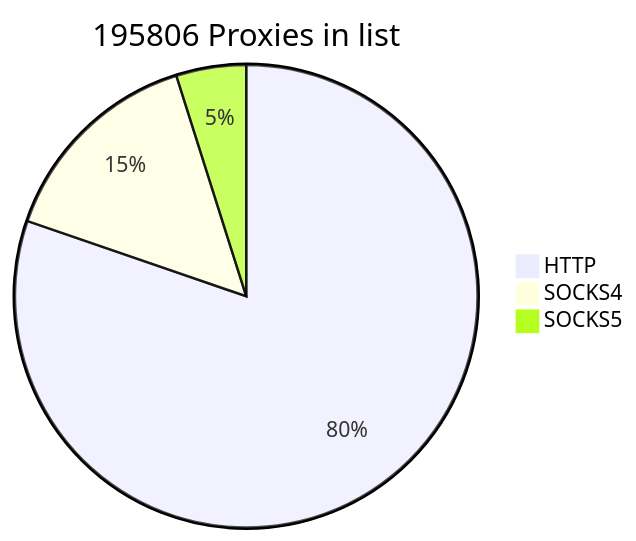
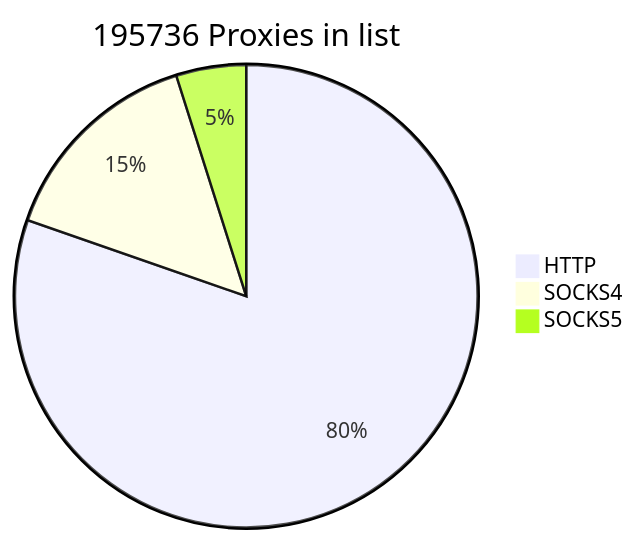
The first of 2 diagrams in README.md (cutipu/proxylist), drawn with Mermaid before and after one commit. The commit also changed other lines of this file, not shown here.

````diff
--- a/README.md
+++ b/README.md
@@ -2,7 +2,7 @@
 ```mermaid
-pie title 195806 Proxies in list
-    "HTTP" : 157172
-    "SOCKS4" : 29070
-    "SOCKS5" : 9564
+pie title 195736 Proxies in list
+    "HTTP" : 157237
+    "SOCKS4" : 28934
+    "SOCKS5" : 9565
             
 ```
````
